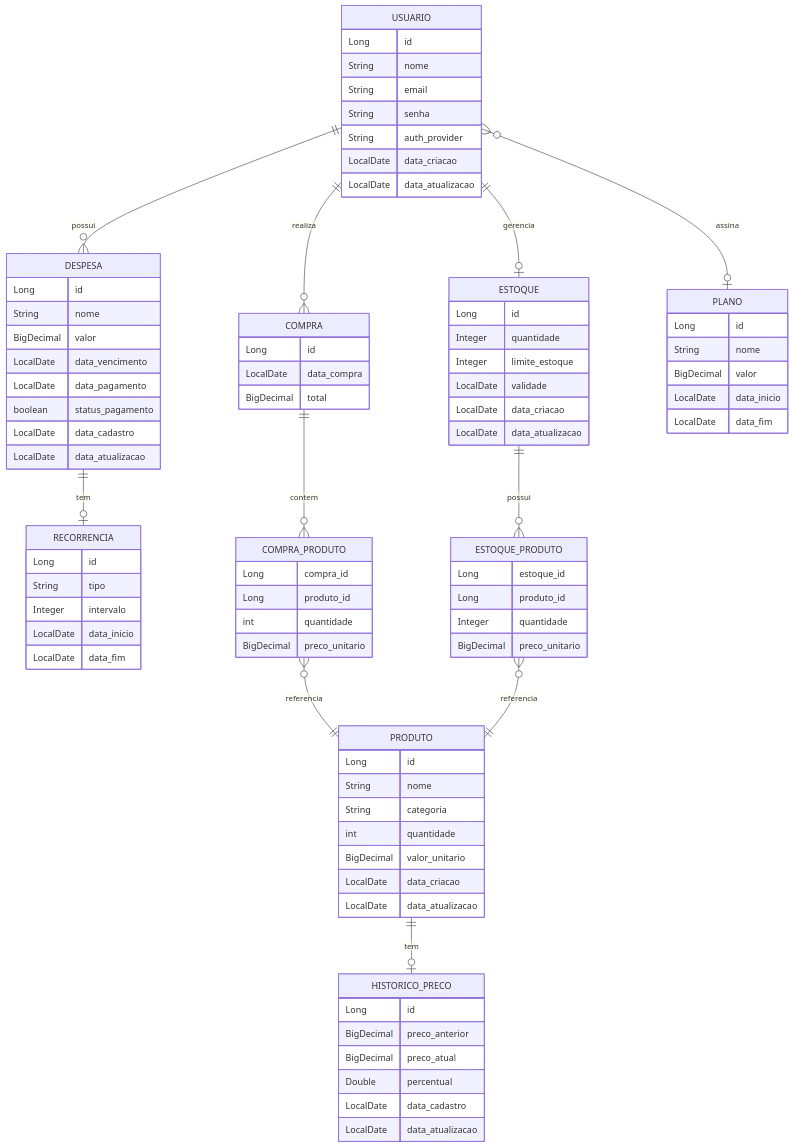
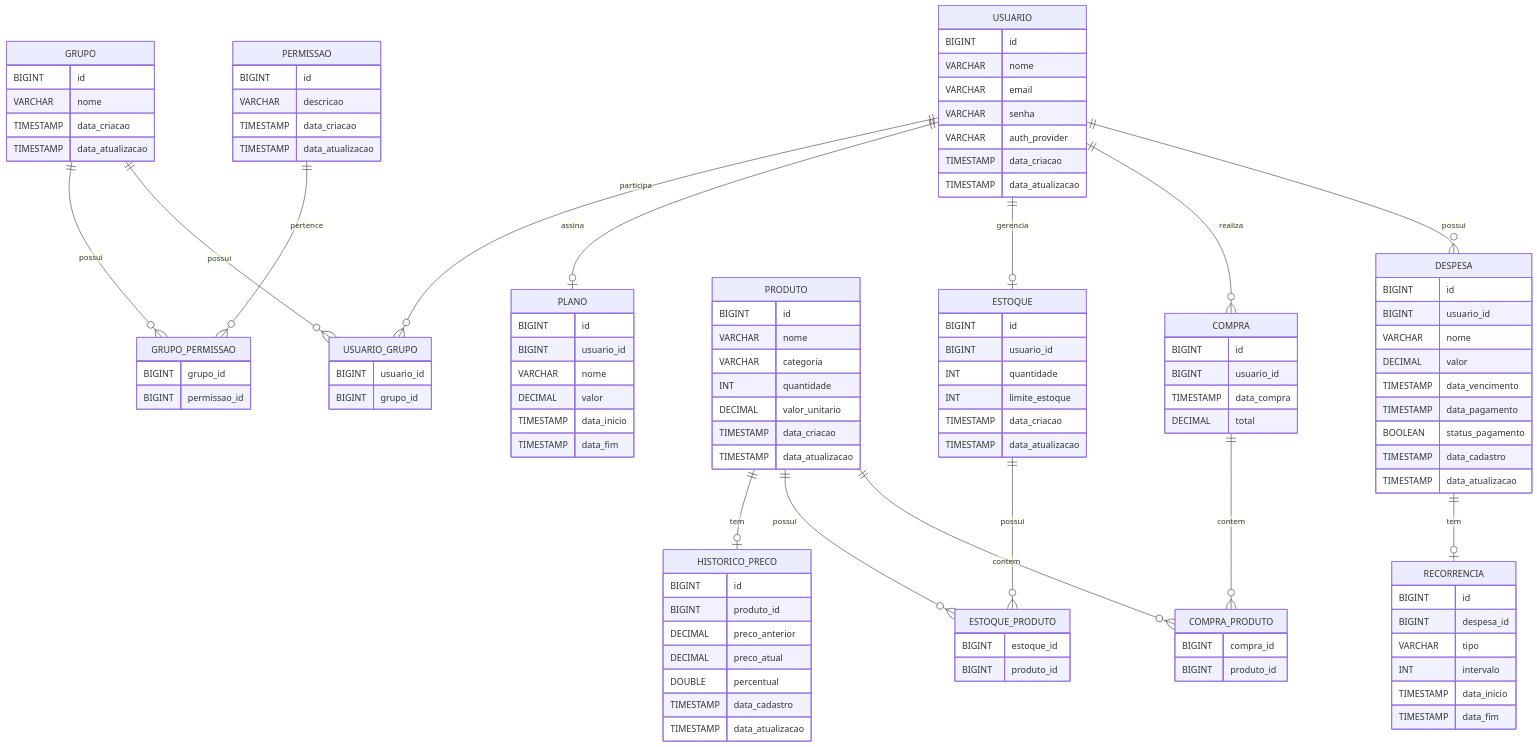
Before and after one commit to amilton-sys/gerenciar: the third of 8 diagrams in README.md, drawn with Mermaid. The commit also changed other lines of this file, not shown here.

Commit message:
Adiciona o README.md do projeto
# Conflicts:
#	README.md

````diff
--- a/README.md
+++ b/README.md
@@ -214,99 +220,129 @@
 ```mermaid
 erDiagram
    USUARIO {
-      Long id
-      String nome
-      String email
-      String senha
-      String auth_provider
-      LocalDate data_criacao
-      LocalDate data_atualizacao
+      BIGINT id
+      VARCHAR nome
+      VARCHAR email
+      VARCHAR senha
+      VARCHAR auth_provider
+      TIMESTAMP data_criacao
+      TIMESTAMP data_atualizacao
+   }
+
+   GRUPO {
+      BIGINT id
+      VARCHAR nome
+      TIMESTAMP data_criacao
+      TIMESTAMP data_atualizacao
+   }
+
+   USUARIO_GRUPO {
+      BIGINT usuario_id
+      BIGINT grupo_id
+   }
+
+   PERMISSAO {
+      BIGINT id
+      VARCHAR descricao
+      TIMESTAMP data_criacao
+      TIMESTAMP data_atualizacao
+   }
+
+   GRUPO_PERMISSAO {
+      BIGINT grupo_id
+      BIGINT permissao_id
    }
 
    DESPESA {
-      Long id
-      String nome
-      BigDecimal valor
-      LocalDate data_vencimento
-      LocalDate data_pagamento
-      boolean status_pagamento
-      LocalDate data_cadastro
-      LocalDate data_atualizacao
+      BIGINT id
+      BIGINT usuario_id
+      VARCHAR nome
+      DECIMAL valor
+      TIMESTAMP data_vencimento
+      TIMESTAMP data_pagamento
+      BOOLEAN status_pagamento
+      TIMESTAMP data_cadastro
+      TIMESTAMP data_atualizacao
    }
 
    RECORRENCIA {
-      Long id
-      String tipo
-      Integer intervalo
-      LocalDate data_inicio
-      LocalDate data_fim
+      BIGINT id
+      BIGINT despesa_id
+      VARCHAR tipo
+      INT intervalo
+      TIMESTAMP data_inicio
+      TIMESTAMP data_fim
    }
 
    PRODUTO {
-      Long id
-      String nome
-      String categoria
-      int quantidade
-      BigDecimal valor_unitario
-      LocalDate data_criacao
-      LocalDate data_atualizacao
+      BIGINT id
+      VARCHAR nome
+      VARCHAR categoria
+      INT quantidade
+      DECIMAL valor_unitario
+      TIMESTAMP data_criacao
+      TIMESTAMP data_atualizacao
    }
 
    COMPRA {
-      Long id
-      LocalDate data_compra
-      BigDecimal total
+      BIGINT id
+      BIGINT usuario_id
+      TIMESTAMP data_compra
+      DECIMAL total
    }
 
    COMPRA_PRODUTO {
-      Long compra_id
-      Long produto_id
-      int quantidade
-      BigDecimal preco_unitario
+      BIGINT compra_id
+      BIGINT produto_id
    }
 
    ESTOQUE {
-      Long id
-      Integer quantidade
-      Integer limite_estoque
-      LocalDate validade
-      LocalDate data_criacao
-      LocalDate data_atualizacao
+      BIGINT id
+      BIGINT usuario_id
+      INT quantidade
+      INT limite_estoque
+      TIMESTAMP data_criacao
+      TIMESTAMP data_atualizacao
    }
 
    ESTOQUE_PRODUTO {
-      Long estoque_id
-      Long produto_id
-      Integer quantidade
-      BigDecimal preco_unitario
+      BIGINT estoque_id
+      BIGINT produto_id
    }
 
-
    HISTORICO_PRECO {
-      Long id
-      BigDecimal preco_anterior
-      BigDecimal preco_atual
-      Double percentual
-      LocalDate data_cadastro
-      LocalDate data_atualizacao
+      BIGINT id
+      BIGINT produto_id
+      DECIMAL preco_anterior
+      DECIMAL preco_atual
+      DOUBLE percentual
+      TIMESTAMP data_cadastro
+      TIMESTAMP data_atualizacao
    }
 
    PLANO {
-      Long id
-      String nome
-      BigDecimal valor
-      LocalDate data_inicio
-      LocalDate data_fim
+      BIGINT id
+      BIGINT usuario_id
+      VARCHAR nome
+      DECIMAL valor
+      TIMESTAMP data_inicio
+      TIMESTAMP data_fim
    }
+
+%% RELACIONAMENTOS
 
    USUARIO ||--o{ DESPESA: possui
    USUARIO ||--o{ COMPRA: realiza
    USUARIO ||--o| ESTOQUE: gerencia
-   USUARIO }o--o| PLANO: assina
+   USUARIO ||--o| PLANO: assina
+   USUARIO ||--o{ USUARIO_GRUPO: participa
+   GRUPO  ||--o{ USUARIO_GRUPO: possui
+   GRUPO  ||--o{ GRUPO_PERMISSAO: possui
+   PERMISSAO ||--o{ GRUPO_PERMISSAO: pertence
    DESPESA ||--o| RECORRENCIA: tem
    COMPRA ||--o{ COMPRA_PRODUTO: contem
-   COMPRA_PRODUTO }o--|| PRODUTO: referencia
+   PRODUTO ||--o{ COMPRA_PRODUTO: contem
    ESTOQUE ||--o{ ESTOQUE_PRODUTO: possui
-   ESTOQUE_PRODUTO }o--|| PRODUTO: referencia
+   PRODUTO ||--o{ ESTOQUE_PRODUTO: possui
    PRODUTO ||--o| HISTORICO_PRECO: tem
 ```
````
